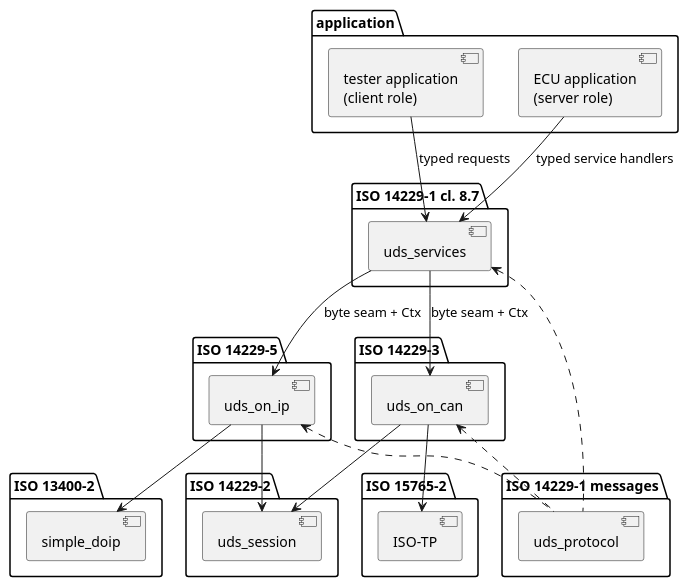
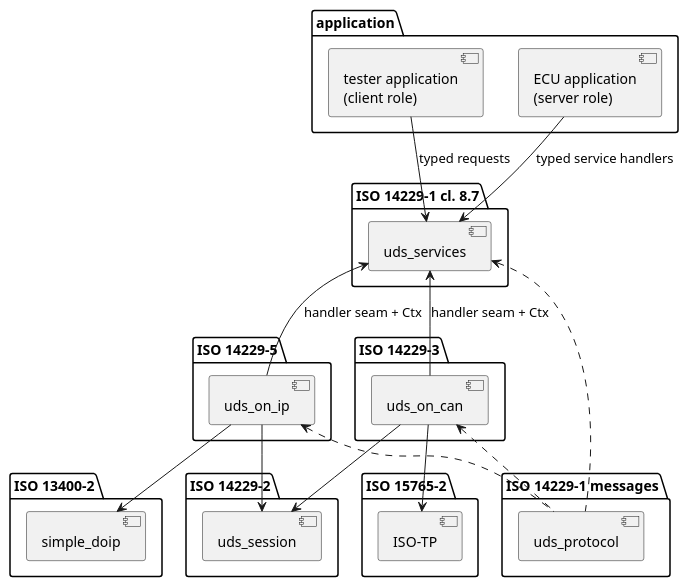
One commit to luminartech/uds_stack changed the first of 3 diagrams in crates/uds_services/docs/architecture/stack-position.rst. Above: the diagram before and after it, drawn with PlantUML. The commit also changed other lines of this file and 2 other files, not shown here.

```diff
--- a/crates/uds_services/docs/architecture/stack-position.rst
+++ b/crates/uds_services/docs/architecture/stack-position.rst
@@ -6,50 +6,50 @@
 .. uml::
    :align: center
    :caption: The stack, one package per ISO document. Dashed edges are the message
              vocabulary rather than a layer boundary.
 
    @startuml
    package "application" {
      [tester application\n(client role)] as CLI
      [ECU application\n(server role)] as APP
    }
 
    package "ISO 14229-1 cl. 8.7" {
      [uds_services] as SVC
    }
 
    package "ISO 14229-5" {
      [uds_on_ip] as OIP
    }
    package "ISO 14229-3" {
      [uds_on_can] as OCAN
    }
 
    package "ISO 14229-2" {
      [uds_session] as SESS
    }
 
    package "ISO 13400-2" {
      [simple_doip] as DOIP
    }
    package "ISO 15765-2" {
      [ISO-TP] as TP
    }
 
    package "ISO 14229-1 messages" {
      [uds_protocol] as PROTO
    }
 
    CLI -down-> SVC : typed requests
    APP -down-> SVC : typed service handlers
-   SVC -down-> OIP : byte seam + Ctx
-   SVC -down-> OCAN : byte seam + Ctx
+   OIP -up-> SVC : handler seam + Ctx
+   OCAN -up-> SVC : handler seam + Ctx
    OIP -down-> SESS
    OCAN -down-> SESS
    OIP -down-> DOIP
    OCAN -down-> TP
 
    PROTO .up.> SVC
    PROTO .up.> OIP
    PROTO .up.> OCAN
    @enduml
```
